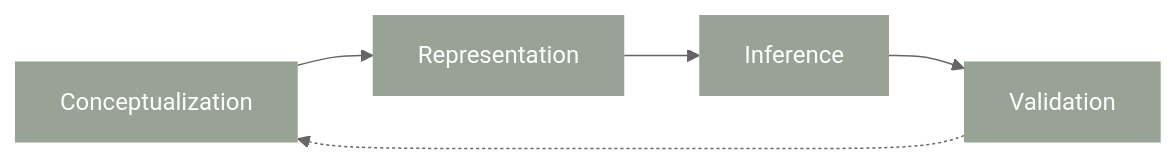
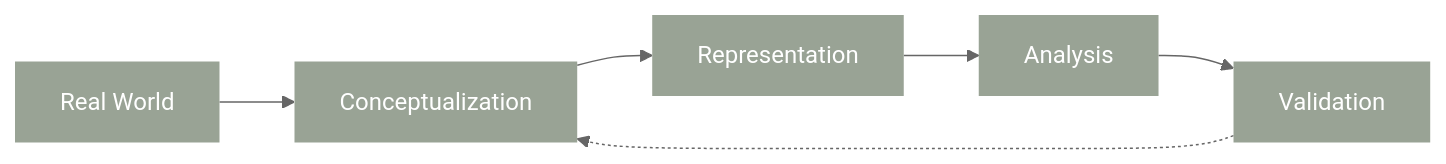
The diagram in src/course-info.md (emilyzhou112/geog281a), drawn with Mermaid (neutral theme) before and after one commit. The commit also changed other lines of this file and 2 other files, not shown here.

Commit message:
Upload PK Edits
- Edit course-info.md
- Edit intro.md
- Edit debate.,md

````diff
--- a/src/course-info.md
+++ b/src/course-info.md
@@ -5,14 +5,15 @@
 ```mermaid
 flowchart LR
+    W["Real World"]
     C["Conceptualization"]
     R["Representation"]
-    I["Inference"]
+    A["Analysis"]
     V["Validation"]
 
-    C --> R --> I --> V
+    W --> C --> R --> A --> V
     V -.-> C
 
   classDef component fill:#99a395ff,stroke-width:0px,color:#ffffff;
-  class C,R,I,V component;
+  class W,C,R,A,V component;
 
 ```
````
